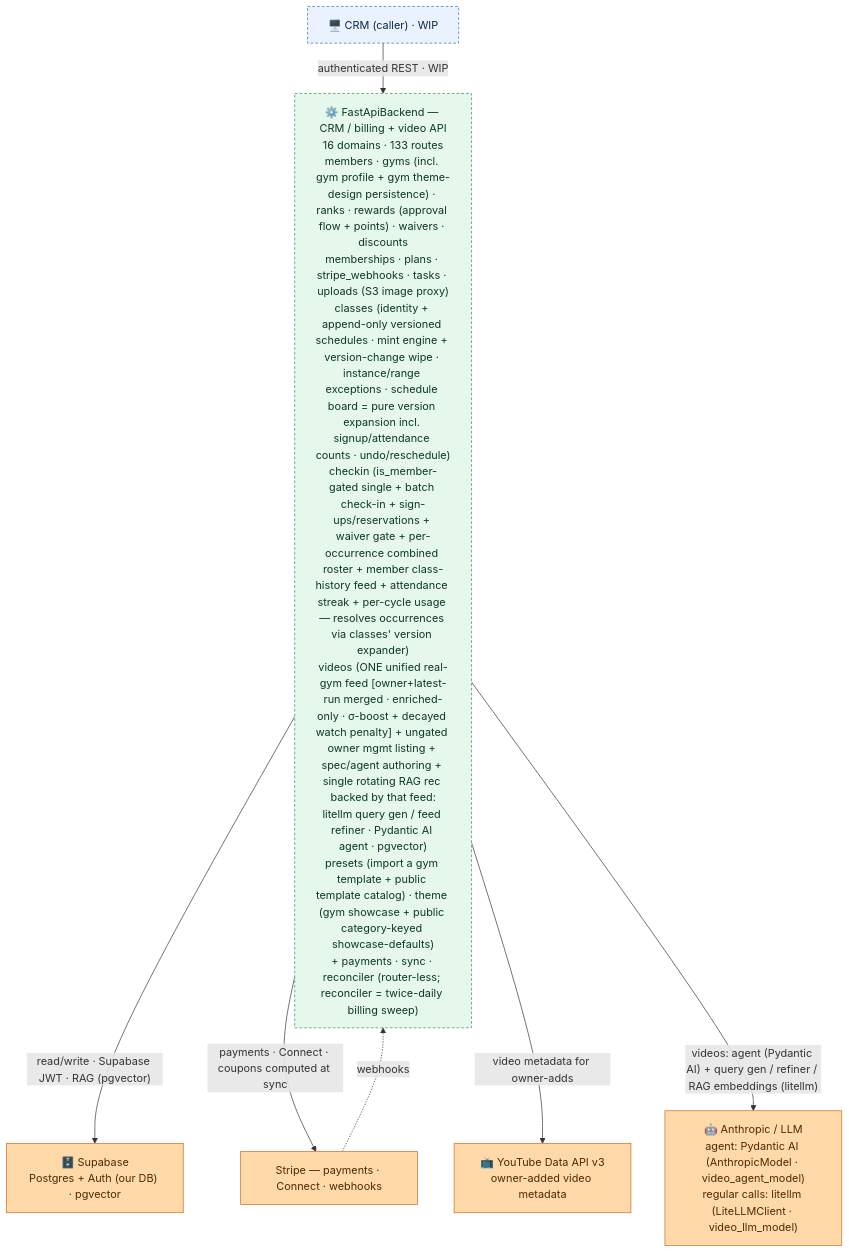
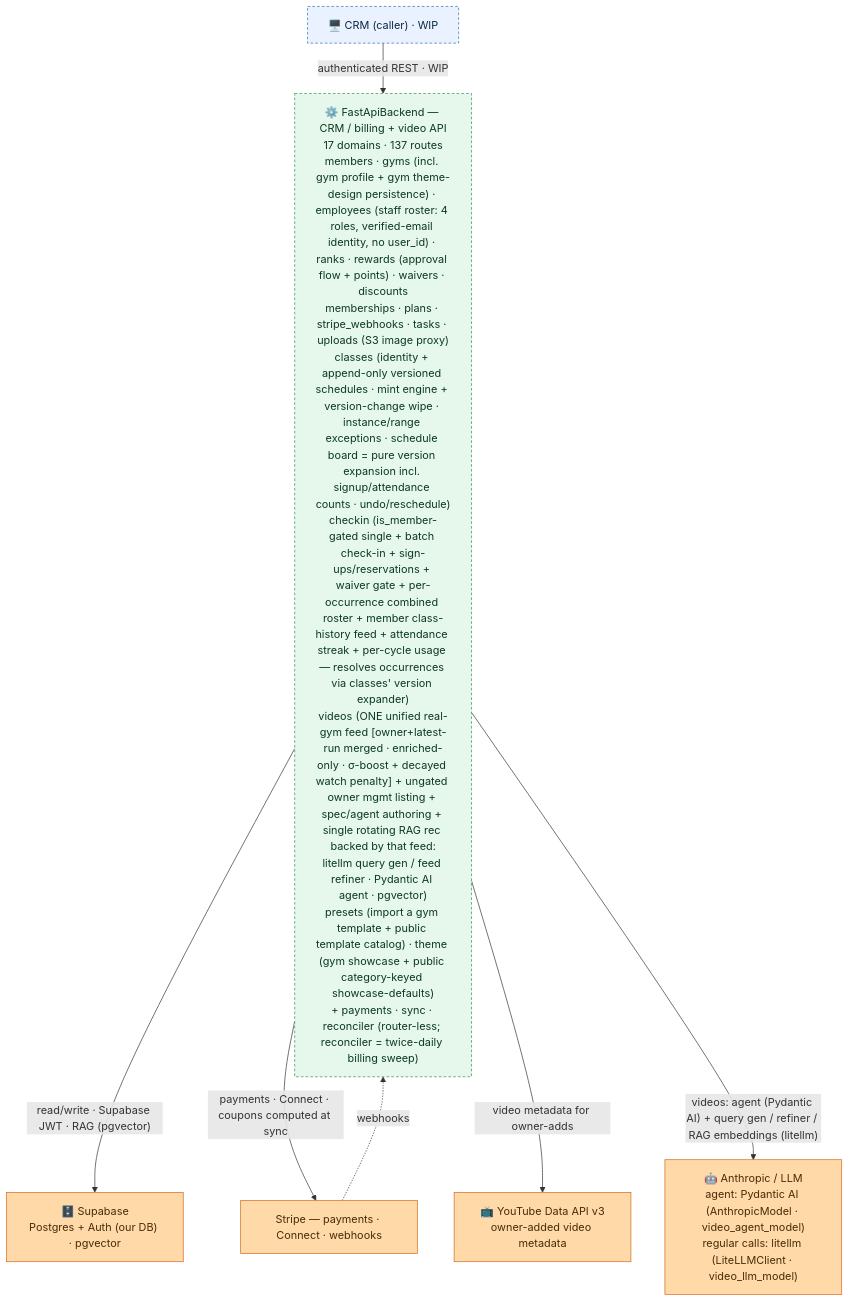
Before and after one commit to jesse51002/CombatDen: the diagram in FastApiBackend/README.md, drawn with Mermaid. The commit also changed other lines of this file and 63 other files, not shown here.

First line of the commit message:
FastApiBackend: 4-role auth + endpoint sweep + live employees domain

````diff
--- a/FastApiBackend/README.md
+++ b/FastApiBackend/README.md
@@ -16,23 +16,23 @@
 ```mermaid
 flowchart TB
   CRM["🖥️ CRM (caller) · WIP"]
-  FB["⚙️ FastApiBackend — CRM / billing + video API<br/>16 domains · 133 routes<br/>members · gyms (incl. gym profile + gym theme-design persistence) · ranks · rewards (approval flow + points) · waivers · discounts<br/>memberships · plans · stripe_webhooks · tasks · uploads (S3 image proxy)<br/>classes (identity + append-only versioned schedules · mint engine + version-change wipe · instance/range exceptions · schedule board = pure version expansion incl. signup/attendance counts · undo/reschedule)<br/>checkin (is_member-gated single + batch check-in + sign-ups/reservations + waiver gate + per-occurrence combined roster + member class-history feed + attendance streak + per-cycle usage — resolves occurrences via classes' version expander)<br/>videos (ONE unified real-gym feed [owner+latest-run merged · enriched-only · σ-boost + decayed watch penalty] + ungated owner mgmt listing + spec/agent authoring + single rotating RAG rec backed by that feed:<br/>litellm query gen / feed refiner · Pydantic AI agent · pgvector)<br/>presets (import a gym template + public template catalog) · theme (gym showcase + public category-keyed showcase-defaults)<br/>+ payments · sync · reconciler (router-less; reconciler = twice-daily billing sweep)"]
+  FB["⚙️ FastApiBackend — CRM / billing + video API<br/>17 domains · 137 routes<br/>members · gyms (incl. gym profile + gym theme-design persistence) · employees (staff roster: 4 roles, verified-email identity, no user_id) · ranks · rewards (approval flow + points) · waivers · discounts<br/>memberships · plans · stripe_webhooks · tasks · uploads (S3 image proxy)<br/>classes (identity + append-only versioned schedules · mint engine + version-change wipe · instance/range exceptions · schedule board = pure version expansion incl. signup/attendance counts · undo/reschedule)<br/>checkin (is_member-gated single + batch check-in + sign-ups/reservations + waiver gate + per-occurrence combined roster + member class-history feed + attendance streak + per-cycle usage — resolves occurrences via classes' version expander)<br/>videos (ONE unified real-gym feed [owner+latest-run merged · enriched-only · σ-boost + decayed watch penalty] + ungated owner mgmt listing + spec/agent authoring + single rotating RAG rec backed by that feed:<br/>litellm query gen / feed refiner · Pydantic AI agent · pgvector)<br/>presets (import a gym template + public template catalog) · theme (gym showcase + public category-keyed showcase-defaults)<br/>+ payments · sync · reconciler (router-less; reconciler = twice-daily billing sweep)"]
   Supabase["🗄️ Supabase<br/>Postgres + Auth (our DB) · pgvector"]
   Stripe["Stripe — payments · Connect · webhooks"]
   YouTube["📺 YouTube Data API v3<br/>owner-added video metadata"]
   LLMProvider["🤖 Anthropic / LLM<br/>agent: Pydantic AI (AnthropicModel · video_agent_model)<br/>regular calls: litellm (LiteLLMClient · video_llm_model)"]
   CRM -->|"authenticated REST · WIP"| FB
   FB -->|"read/write · Supabase JWT · RAG (pgvector)"| Supabase
   FB -->|"payments · Connect · coupons computed at sync"| Stripe
   Stripe -.->|"webhooks"| FB
   FB -->|"video metadata for owner-adds"| YouTube
   FB -->|"videos: agent (Pydantic AI) + query gen / refiner / RAG embeddings (litellm)"| LLMProvider
   classDef client fill:#eaf2ff,stroke:#2f6fb0,color:#0b2942;
   classDef svc fill:#e6f7ec,stroke:#2f8f53,color:#0c3a1f;
   classDef ext fill:#ffd9a8,stroke:#d2691e,color:#4a2c08;
   class CRM client;
   class FB svc;
   class Supabase,Stripe,YouTube,LLMProvider ext;
   style CRM stroke-dasharray:4 3;
   style FB stroke-dasharray:4 3;
 ```
````
